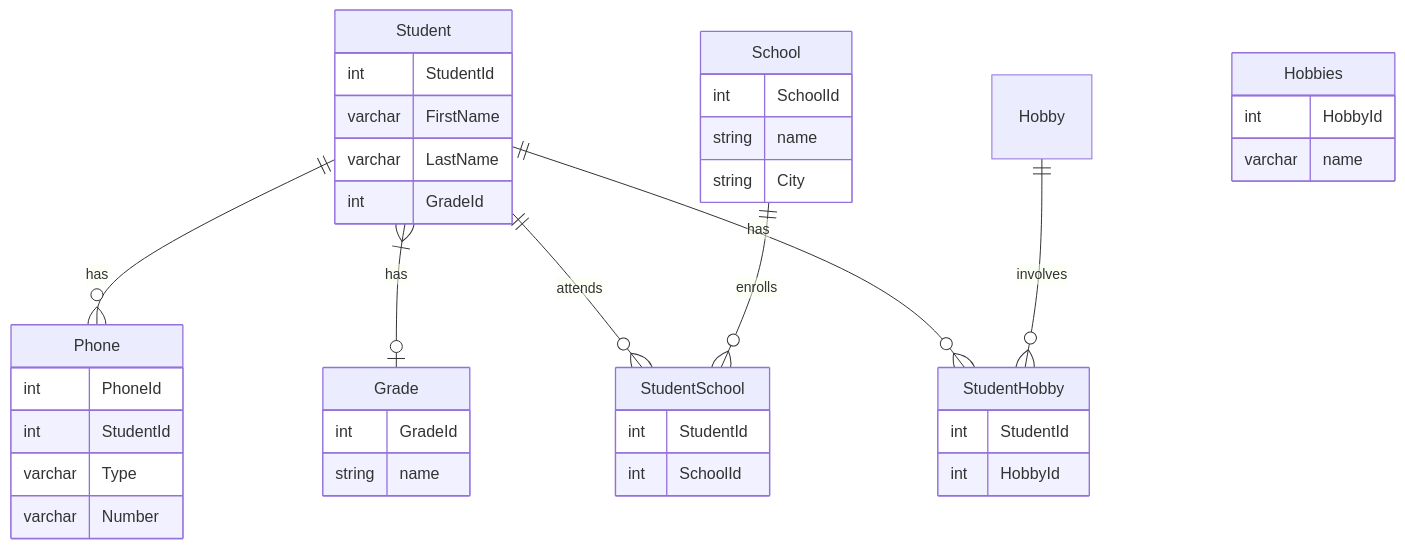
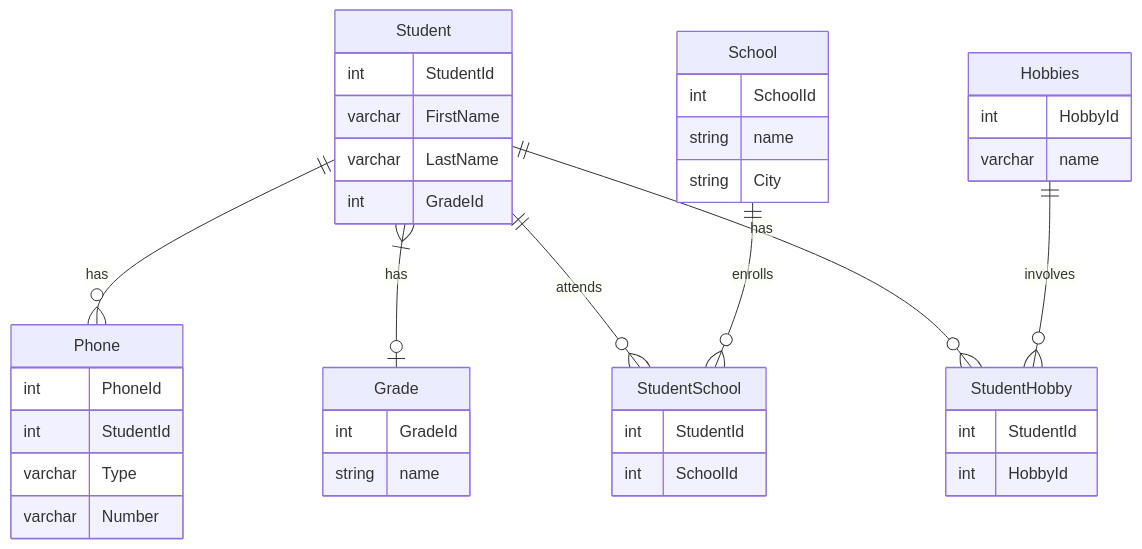
The diagram in README.md (aeneidITHS/DB2022-Josef), drawn with Mermaid before and after one commit.

````diff
--- a/README.md
+++ b/README.md
@@ -4,49 +4,49 @@
 ```mermaid
 erDiagram
     Student ||--o{ Phone : has
     Student }|--o| Grade : has
     Student ||--o{ StudentSchool : attends
     School ||--o{ StudentSchool : enrolls
     Student ||--o{ StudentHobby : has
-    Hobby ||--o{ StudentHobby : involves
+    Hobbies ||--o{ StudentHobby : involves
     
     
     Student {
         int StudentId
         varchar FirstName
 	varchar LastName
         int GradeId
     }
     
     Phone {
         int PhoneId
         int StudentId
         varchar Type
 	varchar Number
     }
     
     School {
         int SchoolId
         string name
         string City
     }
     
     StudentSchool {
         int StudentId
         int SchoolId
     }
     
     Hobbies {
         int HobbyId
         varchar name
     }
     StudentHobby {
         int StudentId
         int HobbyId
     }
     
     Grade {
         int GradeId
         string name
     }
    ``` 
````
